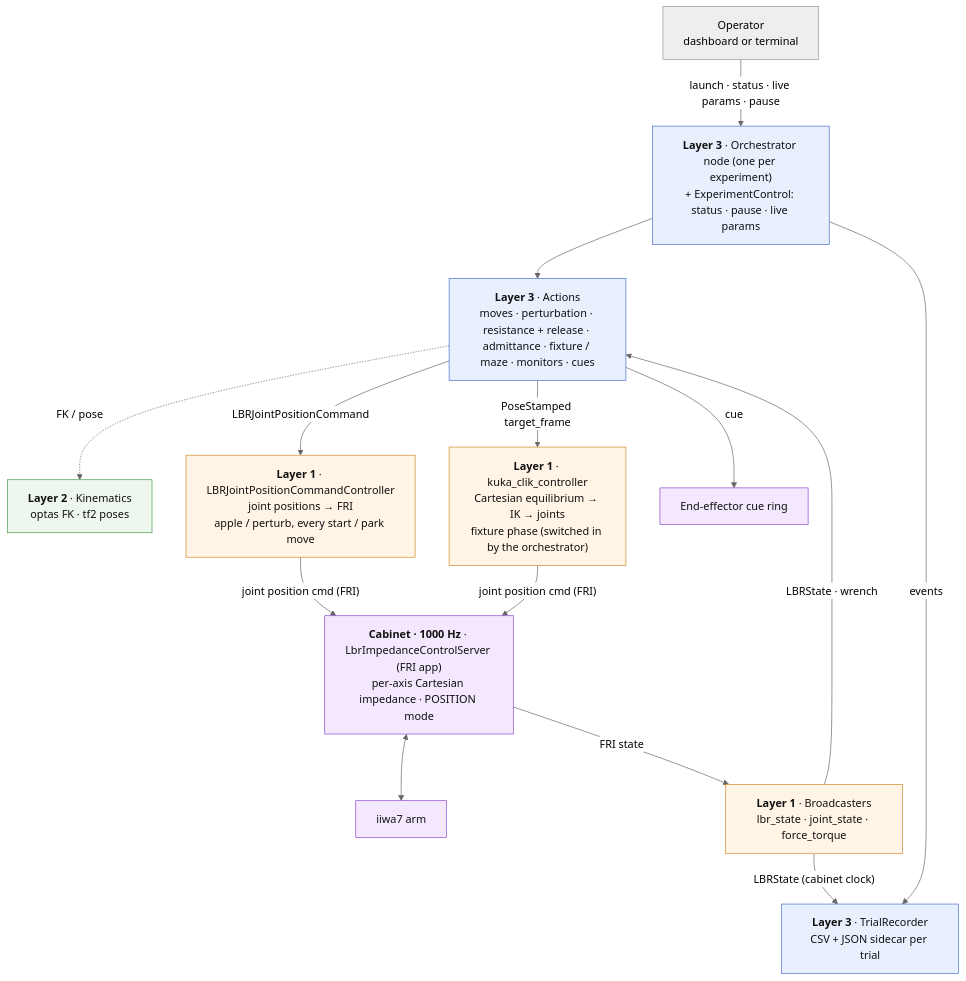
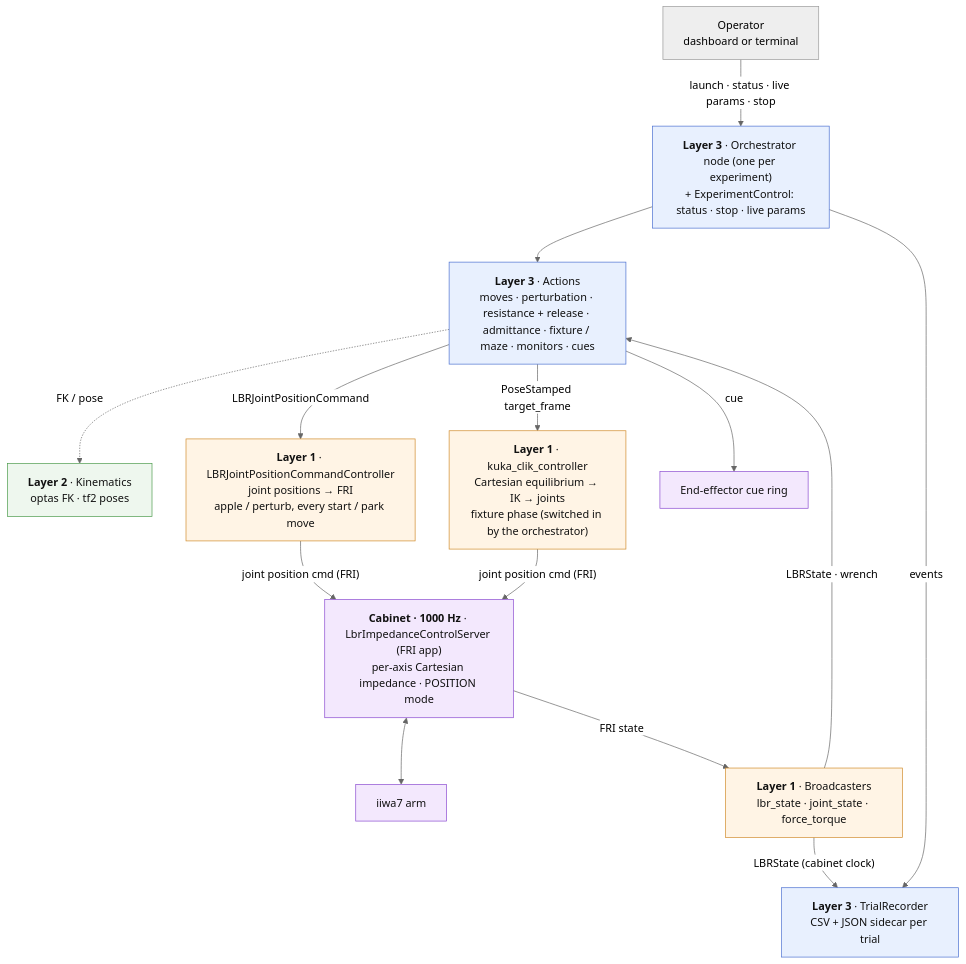
The first of 9 diagrams in README.md (sinthlab/sinthlab-kuka-stack), drawn with Mermaid (neutral theme) before and after one commit. The commit also changed other lines of this file and 20 other files, not shown here.

````diff
--- a/README.md
+++ b/README.md
@@ -1593,37 +1580,37 @@
 ```mermaid
 flowchart TB
     OPS["Operator<br/>dashboard or terminal"]
-    ORCH["<b>Layer 3</b> · Orchestrator node (one per experiment)<br/>+ ExperimentControl: status · pause · live params"]
+    ORCH["<b>Layer 3</b> · Orchestrator node (one per experiment)<br/>+ ExperimentControl: status · stop · live params"]
     ACT["<b>Layer 3</b> · Actions<br/>moves · perturbation · resistance + release · admittance · fixture / maze · monitors · cues"]
     REC["<b>Layer 3</b> · TrialRecorder<br/>CSV + JSON sidecar per trial"]
     KIN["<b>Layer 2</b> · Kinematics<br/>optas FK · tf2 poses"]
     JPC["<b>Layer 1</b> · LBRJointPositionCommandController<br/>joint positions → FRI<br/>apple / perturb, every start / park move"]
     CLIK["<b>Layer 1</b> · kuka_clik_controller<br/>Cartesian equilibrium → IK → joints<br/>fixture phase (switched in by the orchestrator)"]
     EE["End-effector cue ring"]
     APP["<b>Cabinet · 1000 Hz</b> · LbrImpedanceControlServer (FRI app)<br/>per-axis Cartesian impedance · POSITION mode"]
     ARM["iiwa7 arm"]
     BCAST["<b>Layer 1</b> · Broadcasters<br/>lbr_state · joint_state · force_torque"]
 
-    OPS -- "launch · status · live params · pause" --> ORCH
+    OPS -- "launch · status · live params · stop" --> ORCH
     ORCH --> ACT
     ORCH -- "events" --> REC
     ACT -. "FK / pose" .-> KIN
     ACT -- "LBRJointPositionCommand" --> JPC
     ACT -- "PoseStamped target_frame" --> CLIK
     ACT -- "cue" --> EE
     JPC -- "joint position cmd (FRI)" --> APP
     CLIK -- "joint position cmd (FRI)" --> APP
     APP <--> ARM
     APP -- "FRI state" --> BCAST
     BCAST -- "LBRState · wrench" --> ACT
     BCAST -- "LBRState (cabinet clock)" --> REC
 
     classDef l3 fill:#e8f0fe,stroke:#4a6fd0,color:#111
     classDef l2 fill:#eef7ee,stroke:#4a9a4a,color:#111
     classDef l1 fill:#fff4e5,stroke:#d08a2a,color:#111
     classDef hw fill:#f3e8fd,stroke:#8a4ad0,color:#111
     class ORCH,ACT,REC l3
     class KIN l2
     class JPC,CLIK,BCAST l1
     class APP,ARM,EE hw
 ```
````
